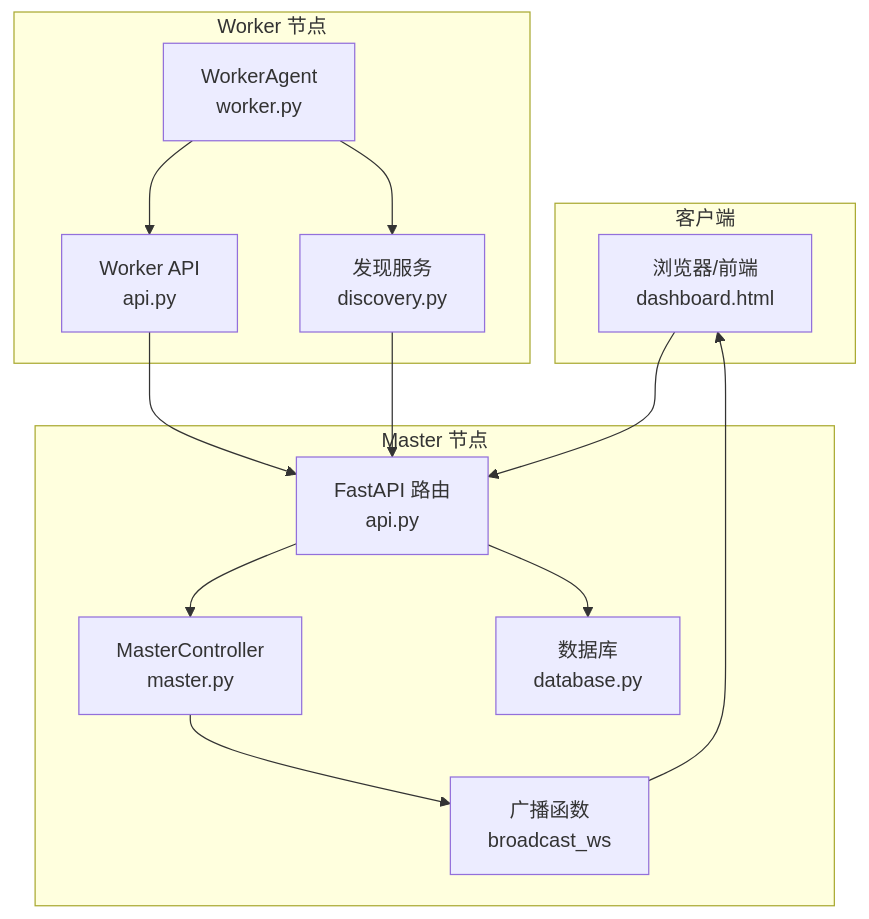
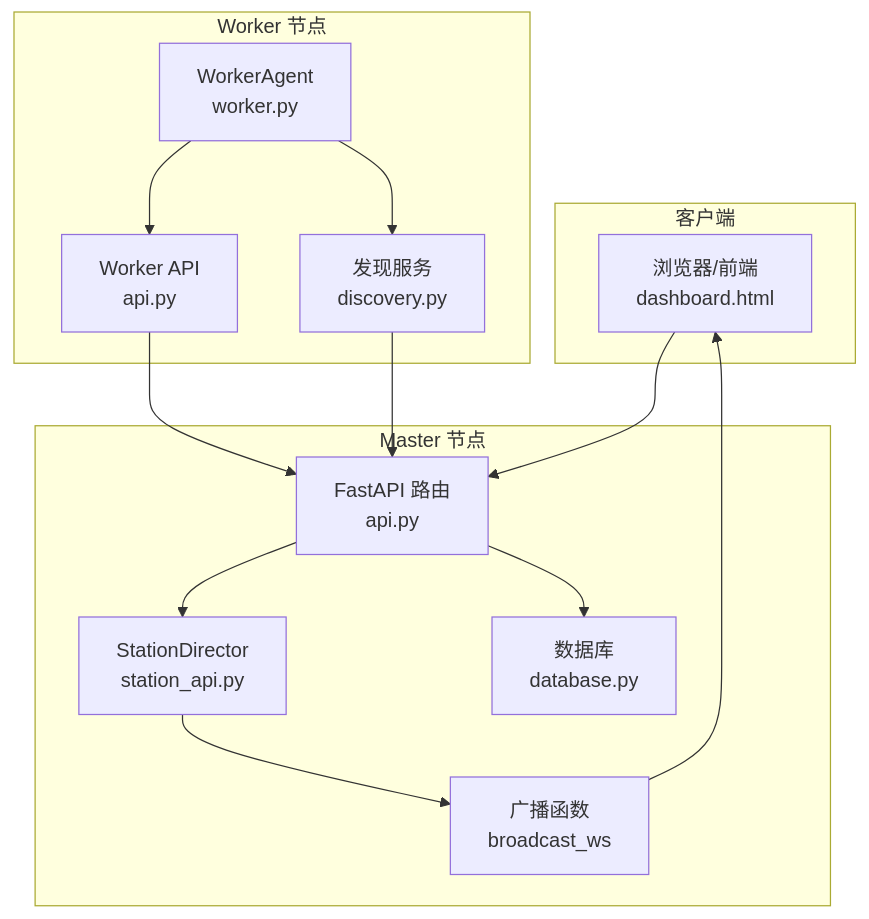
One commit to targalian/Personal-distributed-workstation changed the first of 6 diagrams in .qoder/repowiki/zh/content/API 参考手册/WebSocket API 规范.md. Above: the diagram before and after it, drawn with Mermaid. The commit also changed other lines of this file and 63 other files, not shown here.

Commit message:
docs(station): 同步 repo wiki 至 station_controller/station_api 架构

````diff
--- a/.qoder/repowiki/zh/content/API 参考手册/WebSocket API 规范.md
+++ b/.qoder/repowiki/zh/content/API 参考手册/WebSocket API 规范.md
@@ -41,26 +41,26 @@
 ```mermaid
 graph TB
 subgraph "客户端"
 Browser["浏览器/前端<br/>dashboard.html"]
 end
 subgraph "Master 节点"
 MasterAPI["FastAPI 路由<br/>api.py"]
-MasterCtrl["MasterController<br/>master.py"]
+MasterCtrl["StationDirector<br/>station_api.py"]
 Broadcast["广播函数<br/>broadcast_ws"]
 DB["数据库<br/>database.py"]
 end
 subgraph "Worker 节点"
 WorkerAPI["Worker API<br/>api.py"]
 WorkerAgent["WorkerAgent<br/>worker.py"]
 Discovery["发现服务<br/>discovery.py"]
 end
 Browser --> MasterAPI
 MasterAPI --> MasterCtrl
 MasterCtrl --> Broadcast
 Broadcast --> Browser
 WorkerAgent --> WorkerAPI
 WorkerAPI --> MasterAPI
 MasterAPI --> DB
 WorkerAgent --> Discovery
 Discovery --> MasterAPI
 ```
````
